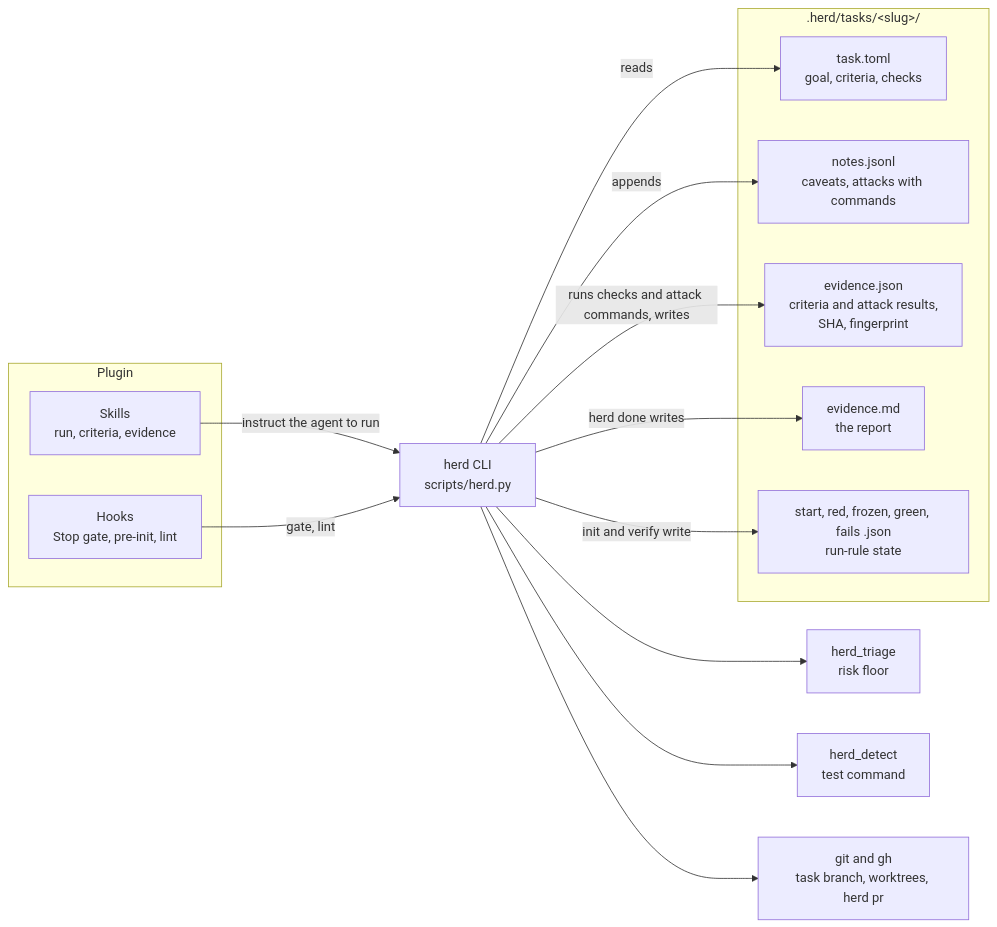
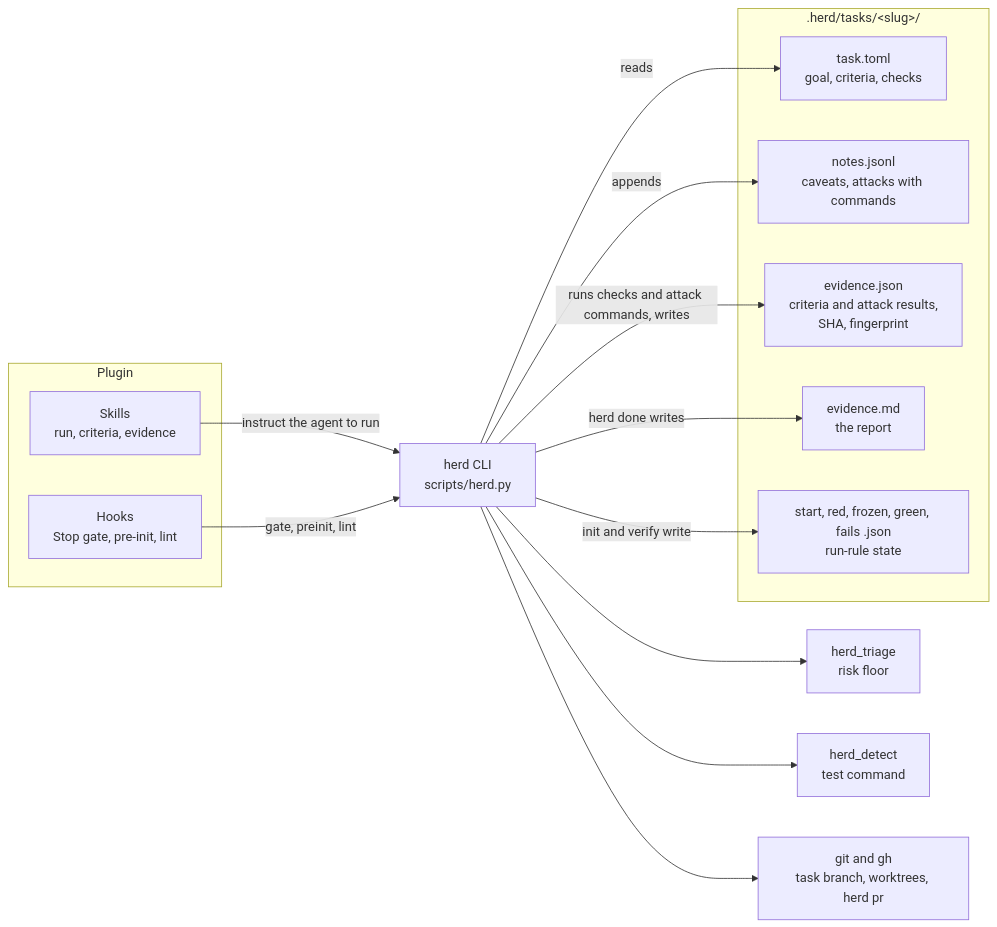
Before and after one commit to Beovulfo/herd-sdlc: the second of 2 diagrams in README.md, drawn with Mermaid. The commit also changed 3 other files, not shown here.

Commit message:
Docs in sync: hooks listed in CLAUDE.md and the architecture diagram, PRD status 0.4.1, 0.4.1 changelog grouped

````diff
--- a/README.md
+++ b/README.md
@@ -139,28 +139,28 @@
 ```mermaid
 flowchart LR
     subgraph Plugin
         S["Skills<br/>run, criteria, evidence"]
         H["Hooks<br/>Stop gate, pre-init, lint"]
     end
     CLI["herd CLI<br/>scripts/herd.py"]
     T["herd_triage<br/>risk floor"]
     D["herd_detect<br/>test command"]
     G["git and gh<br/>task branch, worktrees, herd pr"]
     subgraph State[".herd/tasks/&lt;slug&gt;/"]
         TT["task.toml<br/>goal, criteria, checks"]
         NO["notes.jsonl<br/>caveats, attacks with commands"]
         EV["evidence.json<br/>criteria and attack results,<br/>SHA, fingerprint"]
         RP["evidence.md<br/>the report"]
         RR["start, red, frozen, green, fails .json<br/>run-rule state"]
     end
     S -->|instruct the agent to run| CLI
-    H -->|gate, lint| CLI
+    H -->|gate, preinit, lint| CLI
     CLI --> T
     CLI --> D
     CLI --> G
     CLI -->|reads| TT
     CLI -->|appends| NO
     CLI -->|runs checks and attack commands, writes| EV
     CLI -->|herd done writes| RP
     CLI -->|init and verify write| RR
 ```
````
